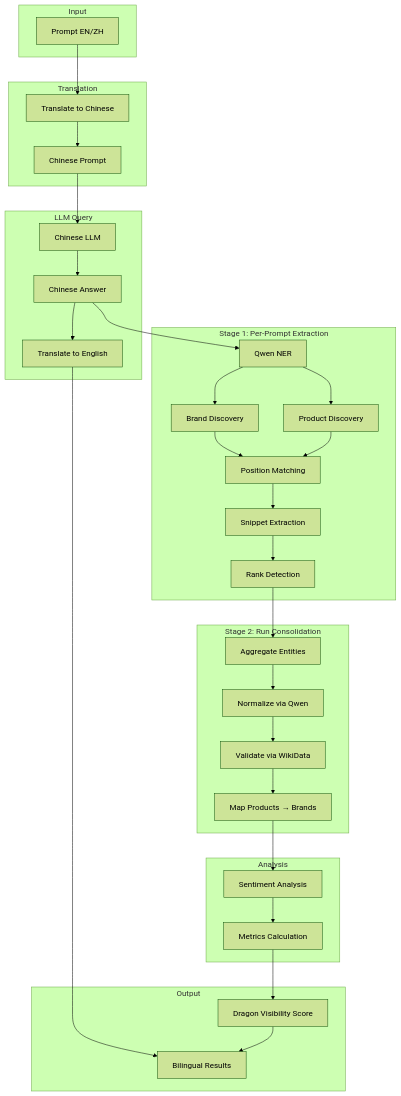
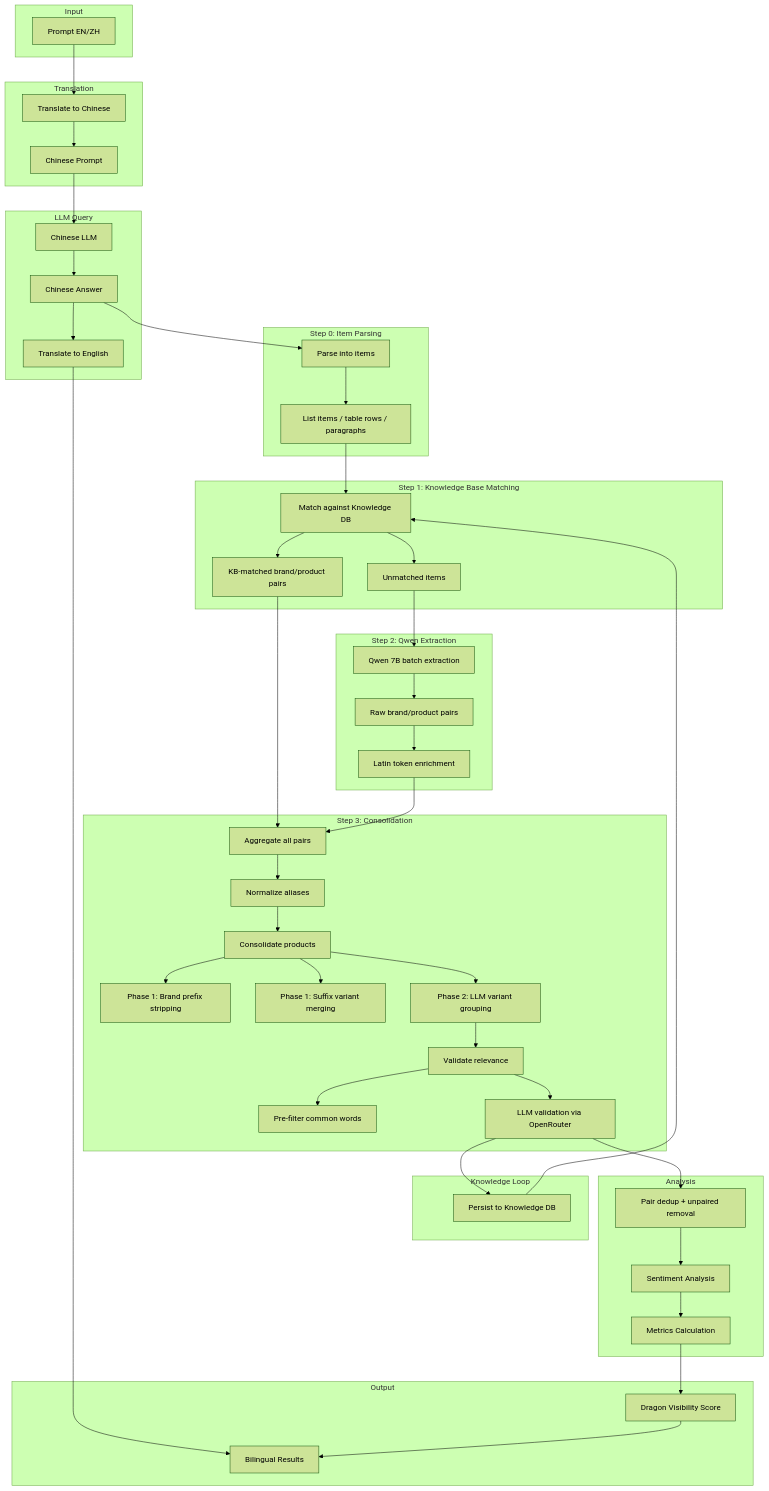
The second of 2 diagrams in README.md (koehnden/dragon-lens), drawn with Mermaid (forest theme) before and after one commit. The commit also changed other lines of this file, not shown here.

Commit message:
Update extraction pipeline README to reflect current architecture
Document multi-step pipeline (KB matching, Qwen extraction, two-phase
product consolidation, OpenRouter validation), knowledge loop, and
current metrics (v6: 90.8% brand P, 72.3% product P).

````diff
--- a/README.md
+++ b/README.md
@@ -98,45 +98,64 @@
 ```mermaid
 flowchart TB
     subgraph Input
         P[Prompt EN/ZH]
     end
 
     subgraph Translation
         P --> T1[Translate to Chinese]
         T1 --> ZH[Chinese Prompt]
     end
 
     subgraph LLM Query
         ZH --> LLM[Chinese LLM]
         LLM --> A[Chinese Answer]
         A --> T2[Translate to English]
     end
 
-    subgraph Stage 1: Per-Prompt Extraction
-        A --> NER[Qwen NER]
-        NER --> BD[Brand Discovery]
-        NER --> PD[Product Discovery]
-        BD --> PM[Position Matching]
-        PD --> PM
-        PM --> SN[Snippet Extraction]
-        SN --> RK[Rank Detection]
+    subgraph Step 0: Item Parsing
+        A --> PARSE[Parse into items]
+        PARSE --> ITEMS[List items / table rows / paragraphs]
     end
 
-    subgraph Stage 2: Run Consolidation
-        RK --> AGG[Aggregate Entities]
-        AGG --> NORM[Normalize via Qwen]
-        NORM --> VAL[Validate via WikiData]
-        VAL --> MAP[Map Products → Brands]
+    subgraph Step 1: Knowledge Base Matching
+        ITEMS --> KB[Match against Knowledge DB]
+        KB --> MATCHED[KB-matched brand/product pairs]
+        KB --> MISSING[Unmatched items]
+    end
+
+    subgraph Step 2: Qwen Extraction
+        MISSING --> QWEN[Qwen 7B batch extraction]
+        QWEN --> RAW[Raw brand/product pairs]
+        RAW --> LATIN[Latin token enrichment]
+    end
+
+    subgraph Step 3: Consolidation
+        MATCHED --> AGG[Aggregate all pairs]
+        LATIN --> AGG
+        AGG --> NORM[Normalize aliases]
+        NORM --> CONSOL[Consolidate products]
+        CONSOL --> STRIP[Phase 1: Brand prefix stripping]
+        CONSOL --> SUFFIX[Phase 1: Suffix variant merging]
+        CONSOL --> GROUP[Phase 2: LLM variant grouping]
+        GROUP --> VAL[Validate relevance]
+        VAL --> FILTER[Pre-filter common words]
+        VAL --> LLMVAL[LLM validation via OpenRouter]
+    end
+
+    subgraph Knowledge Loop
+        LLMVAL --> PERSIST[Persist to Knowledge DB]
+        PERSIST --> KB
     end
 
     subgraph Analysis
-        MAP --> SENT[Sentiment Analysis]
+        LLMVAL --> PAIR[Pair dedup + unpaired removal]
+        PAIR --> SENT[Sentiment Analysis]
         SENT --> MET[Metrics Calculation]
     end
 
     subgraph Output
         MET --> DVS[Dragon Visibility Score]
         T2 --> OUT[Bilingual Results]
         DVS --> OUT
     end
 ```
````
